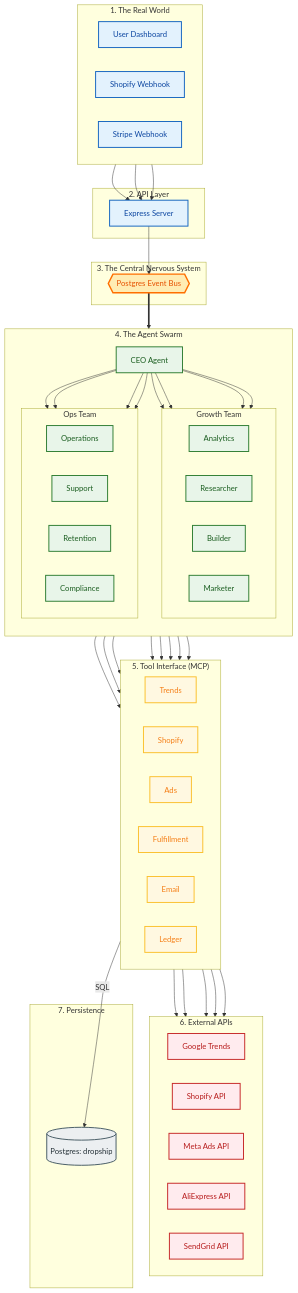
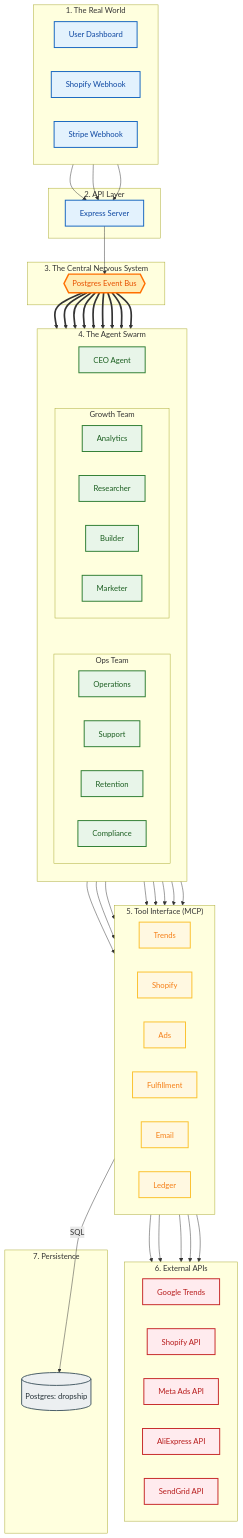
One commit to andylelli/ds1 changed the second of 2 diagrams in Documentation/Reference/ENVIRONMENT_SIMULATION_V_LIVE.md. Above: the diagram before and after it, drawn with Mermaid. The commit also changed other lines of this file, not shown here.

```diff
--- a/Documentation/Reference/ENVIRONMENT_SIMULATION_V_LIVE.md
+++ b/Documentation/Reference/ENVIRONMENT_SIMULATION_V_LIVE.md
@@ -200,16 +204,20 @@
     DB[(Postgres: dropship)]:::db
   end
 
-  %% Wiring
+  %% Wiring: Inputs -> Bus
   User & ShopHook & StripeHook --> Express
   Express --> Bus
+
+  %% Wiring: Bus -> Everyone (Hub & Spoke)
   Bus ==> CEO
-  
-  %% CEO Fan Out
-  CEO --> Analytics & Researcher & Builder & Marketer
-  CEO --> Ops & CS & Retention & Compliance
+  Bus ==> Analytics & Researcher & Builder & Marketer
+  Bus ==> Ops & CS & Retention & Compliance
 
-  %% Tool Connections
+  %% Visual Hierarchy (No Data Flow)
+  CEO ~~~ Row1
+  Row1 ~~~ Row2
+
+  %% Agent -> Tool Connections
   Researcher --> TrendsTool
   Builder --> ShopTool
   Marketer --> AdsTool
```
